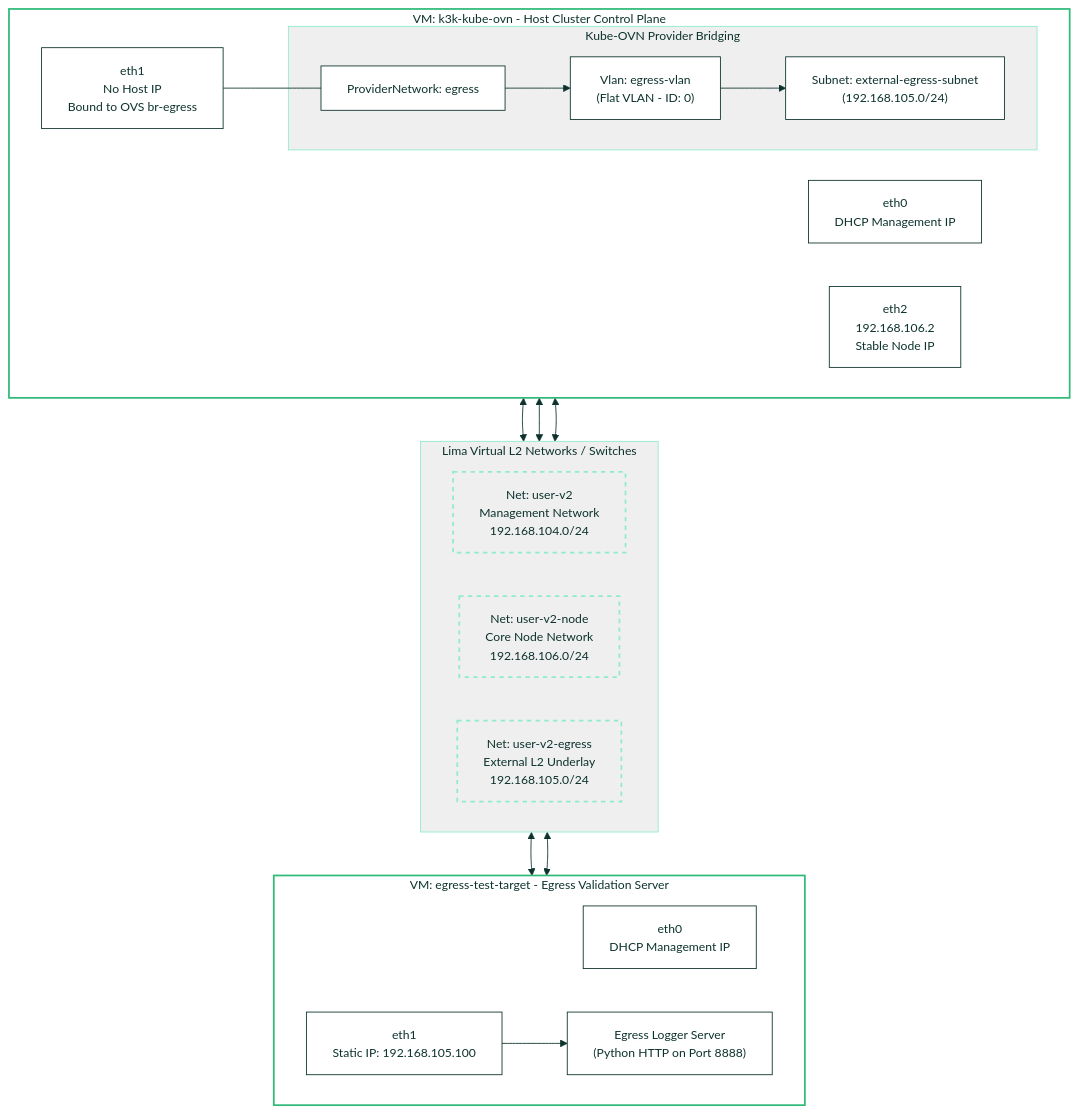
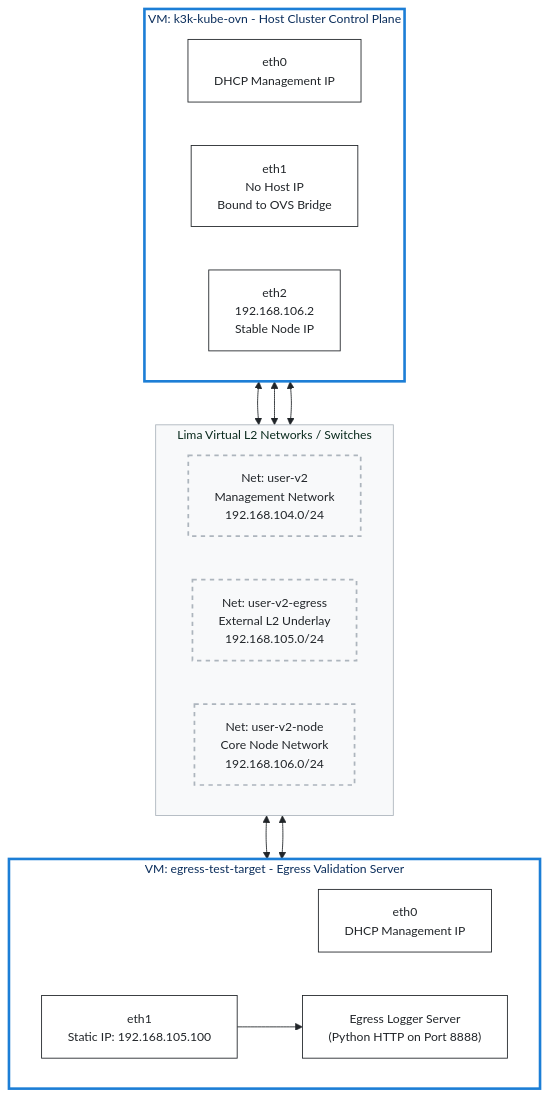
Before and after one commit to coulof/k3k-kube-ovn: the first of 3 diagrams in docs/egress-gateway-experiment.md, drawn with Mermaid. The commit also changed other lines of this file and 4 other files, not shown here.

Commit message:
docs(diagrams): split peering topology, remove grey backgrounds, and update egress layout landscape style

````diff
--- a/docs/egress-gateway-experiment.md
+++ b/docs/egress-gateway-experiment.md
@@ -30,72 +30,64 @@
 ```mermaid
 %%{init: {
   'theme': 'base',
   'themeVariables': {
     'fontFamily': 'SUSE, sans-serif',
     'fontSize': '14px',
-    'primaryColor': '#30ba78',
-    'primaryTextColor': '#0c322c',
-    'primaryBorderColor': '#30ba78',
-    'lineColor': '#0c322c',
-    'secondaryColor': '#0c322c',
-    'tertiaryColor': '#90ebcd',
+    'primaryColor': '#0ca678',
+    'primaryTextColor': '#092a1d',
+    'primaryBorderColor': '#0ca678',
+    'lineColor': '#212529',
+    'secondaryColor': '#1c7ed6',
+    'tertiaryColor': '#e6fcf5',
     'mainBkg': '#ffffff',
-    'nodeBorder': '#0c322c',
-    'clusterBkg': '#efefef',
-    'clusterBorder': '#90ebcd',
-    'titleColor': '#0c322c',
+    'nodeBorder': '#212529',
+    'clusterBkg': '#f8f9fa',
+    'clusterBorder': '#adb5bd',
+    'titleColor': '#092a1d',
     'edgeLabelBackground':'#ffffff'
   }
 } }%%
 graph TD
-    classDef default fill:#ffffff,stroke:#0c322c,stroke-width:1px,color:#0c322c;
-    classDef net fill:#efefef,stroke:#90ebcd,stroke-width:2px,stroke-dasharray: 5 5,color:#0c322c;
-    classDef vm fill:#ffffff,stroke:#30ba78,stroke-width:2px,color:#0c322c;
+    classDef default fill:#ffffff,stroke:#212529,stroke-width:1px,color:#212529;
+    classDef net fill:#f8f9fa,stroke:#adb5bd,stroke-width:2px,stroke-dasharray: 5 5,color:#212529;
+    classDef vm fill:#ffffff,stroke:#1c7ed6,stroke-width:3px,color:#0b2e5c;
 
     %% TOP LAYER: VM k3k-kube-ovn
     subgraph VM1 [VM: k3k-kube-ovn - Host Cluster Control Plane]
         direction LR
         eth0_1["eth0 <br/> DHCP Management IP"]
+        eth1_1["eth1 <br/> No Host IP <br/> Bound to OVS Bridge"]
         eth2_1["eth2 <br/> 192.168.106.2 <br/> Stable Node IP"]
-        eth1_1["eth1 <br/> No Host IP <br/> Bound to OVS br-egress"]
-        
-        subgraph K8s [Kube-OVN Provider Bridging]
-            pn["ProviderNetwork: egress"]
-            vlan["Vlan: egress-vlan<br/>(Flat VLAN - ID: 0)"]
-            sub_ext["Subnet: external-egress-subnet<br/>(192.168.105.0/24)"]
-            pn --> vlan --> sub_ext
-        end
-        eth1_1 --- pn
     end
 
     %% MIDDLE LAYER: Dotted L2 Virtual Networks (Aligned Horizontally)
     subgraph L2Networks [Lima Virtual L2 Networks / Switches]
         direction LR
         NetMgt["Net: user-v2 <br/> Management Network <br/> 192.168.104.0/24"]
+        NetEgress["Net: user-v2-egress <br/> External L2 Underlay <br/> 192.168.105.0/24"]
         NetNode["Net: user-v2-node <br/> Core Node Network <br/> 192.168.106.0/24"]
-        NetEgress["Net: user-v2-egress <br/> External L2 Underlay <br/> 192.168.105.0/24"]
     end
 
     %% BOTTOM LAYER: VM egress-test-target
     subgraph VM2 [VM: egress-test-target - Egress Validation Server]
         direction LR
         eth0_2["eth0 <br/> DHCP Management IP"]
         eth1_2["eth1 <br/> Static IP: 192.168.105.100"]
         srv["Egress Logger Server<br/>(Python HTTP on Port 8888)"]
         eth1_2 --> srv
     end
 
     %% Vertical NIC to Network Interconnections (Chained Top-to-Bottom)
     eth0_1 <--> NetMgt
     NetMgt <--> eth0_2
 
-    eth2_1 <--> NetNode
-
     eth1_1 <--> NetEgress
     NetEgress <--> eth1_2
+
+    eth2_1 <--> NetNode
 
     %% Apply class styles cleanly
     class NetMgt,NetEgress,NetNode net;
     class VM1,VM2 vm;
-    class pn,vlan,sub_ext,srv default;
+    class srv default;
 ```
````
